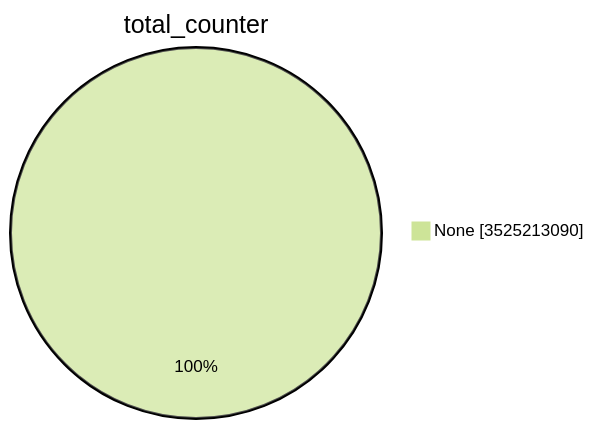
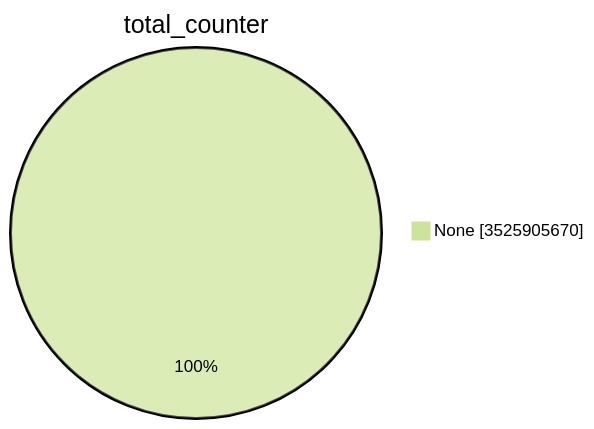
One commit to christiankrug/ctmonitor_visualization changed the first of 15 diagrams in TOTAL/README.md. Above: the diagram before and after it, drawn with Mermaid (forest theme). The commit also changed other lines of this file, not shown here.

````diff
--- a/TOTAL/README.md
+++ b/TOTAL/README.md
@@ -1,5 +1,5 @@
 ```mermaid
 pie showData
 title total_counter
-"None" :3525213090
+"None" :3525905670
 ```
````
